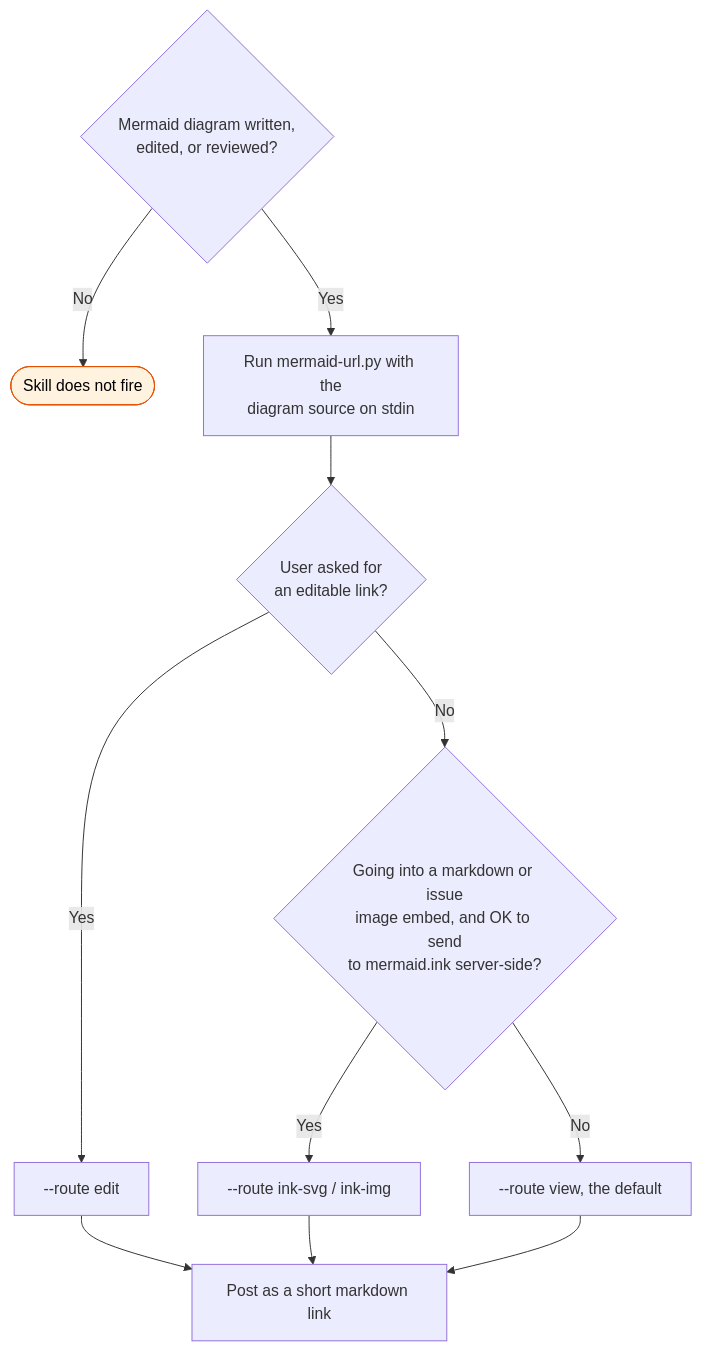
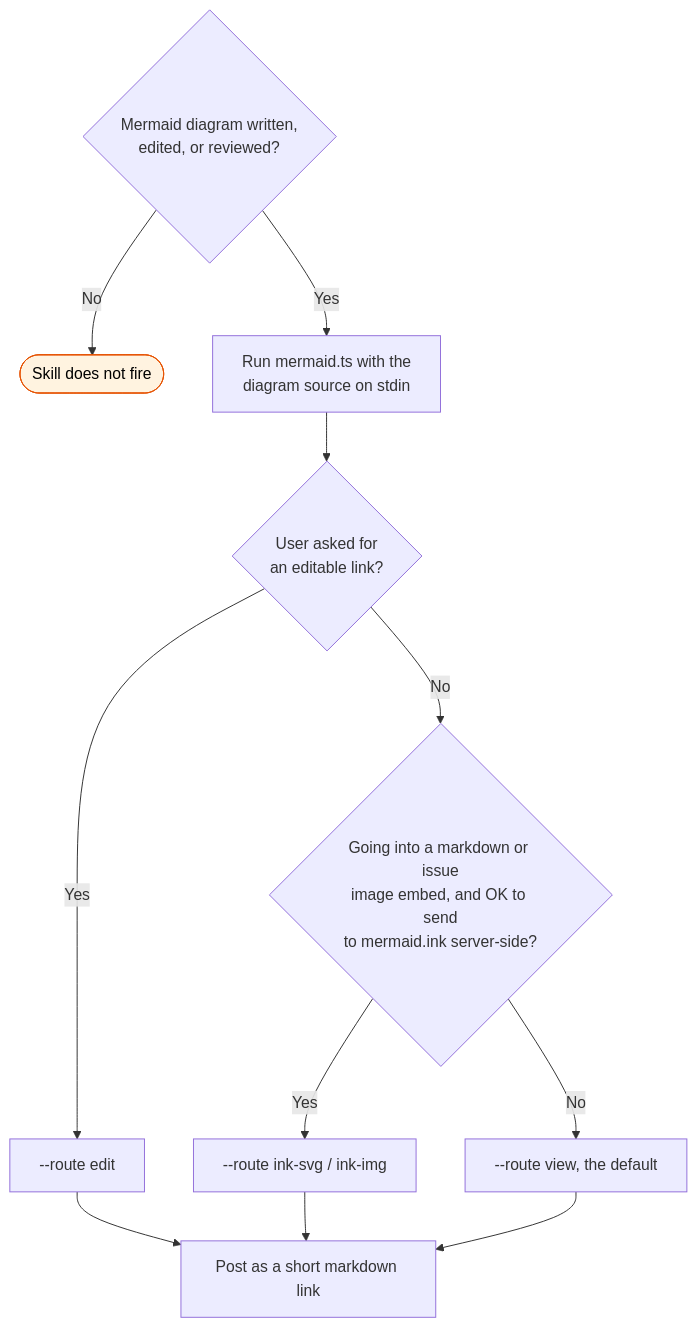
The diagram in plugins/mermaid/skills/view/FLOW.md (bje-settings/claude), drawn with Mermaid before and after one commit. The commit also changed 26 other files, not shown here.

First line of the commit message:
feat: port mermaid to TypeScript (tracer bullet) (#156)

````diff
--- a/plugins/mermaid/skills/view/FLOW.md
+++ b/plugins/mermaid/skills/view/FLOW.md
@@ -3,18 +3,18 @@
 ```mermaid
 flowchart TD
     A{Mermaid diagram written,<br/>edited, or reviewed?}
     A -->|No| Z([Skill does not fire]):::stop
-    A -->|Yes| B[Run mermaid-url.py with the<br/>diagram source on stdin]
+    A -->|Yes| B[Run mermaid.ts with the<br/>diagram source on stdin]
 
     B --> C{User asked for<br/>an editable link?}
     C -->|Yes| D[--route edit]
     C -->|No| E{Going into a markdown or issue<br/>image embed, and OK to send<br/>to mermaid.ink server-side?}
     E -->|Yes| F[--route ink-svg / ink-img]
     E -->|No| G[--route view, the default]
 
     D --> H[Post as a short markdown link]
     F --> H
     G --> H
 
     classDef stop fill:#fff3e0,stroke:#e65100,color:#000
 ```
````
